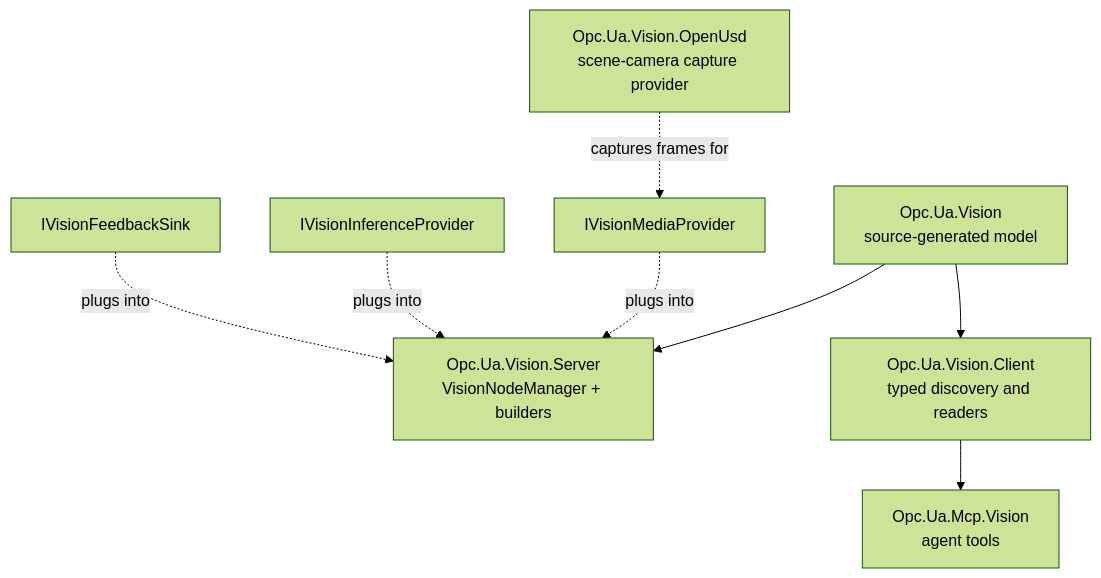
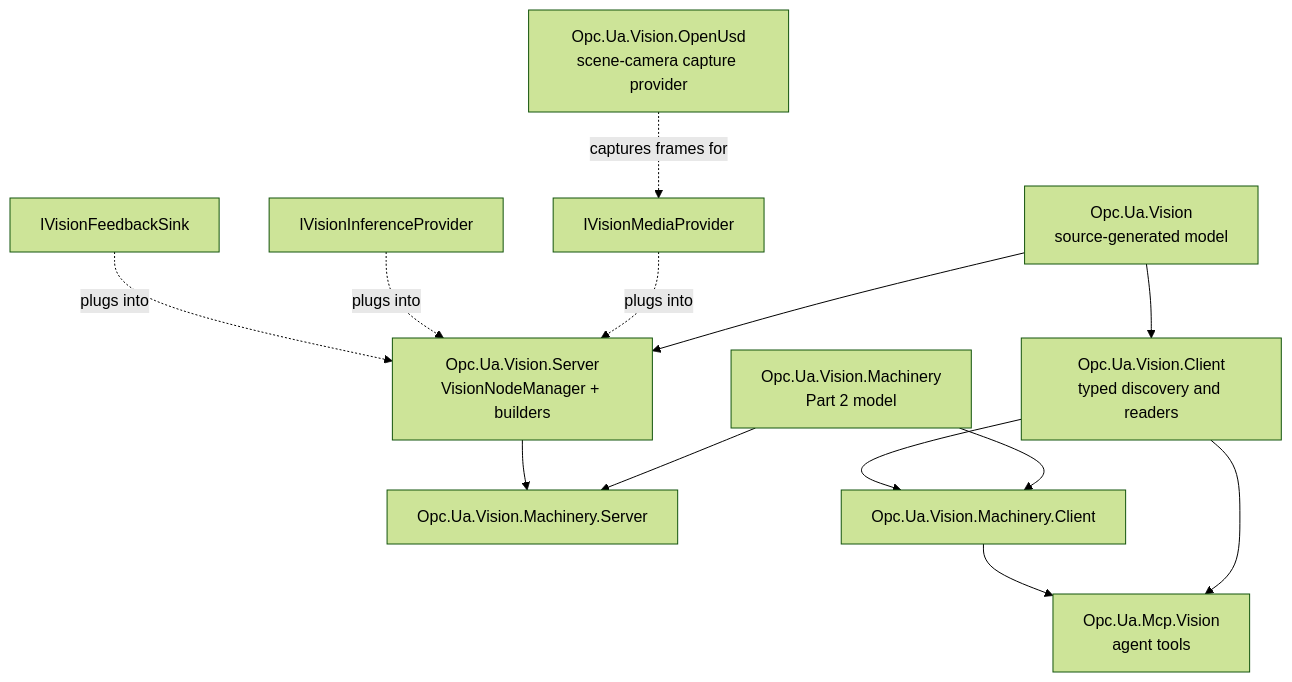
One commit to OPCFoundation/UA-.NETStandard changed the first of 7 diagrams in docs/Vision.md. Above: the diagram before and after it, drawn with Mermaid (forest theme). The commit also changed other lines of this file and 196 other files, not shown here.

Commit message:
Address Machine Vision review and extend bounded MCP workflows

````diff
--- a/docs/Vision.md
+++ b/docs/Vision.md
@@ -79,19 +595,27 @@
 ```mermaid
 graph TD
     Model["Opc.Ua.Vision<br/>source-generated model"]
     Server["Opc.Ua.Vision.Server<br/>VisionNodeManager + builders"]
     Client["Opc.Ua.Vision.Client<br/>typed discovery and readers"]
+    Assets["Opc.Ua.Vision.Machinery<br/>Part 2 model"]
+    AssetServer["Opc.Ua.Vision.Machinery.Server"]
+    AssetClient["Opc.Ua.Vision.Machinery.Client"]
     OpenUsd["Opc.Ua.Vision.OpenUsd<br/>scene-camera capture provider"]
     Mcp["Opc.Ua.Mcp.Vision<br/>agent tools"]
     Media["IVisionMediaProvider"]
     Inference["IVisionInferenceProvider"]
     Feedback["IVisionFeedbackSink"]
 
     Model --> Server
     Model --> Client
     Client --> Mcp
+    Assets --> AssetServer
+    Assets --> AssetClient
+    Server --> AssetServer
+    Client --> AssetClient
+    AssetClient --> Mcp
     OpenUsd -.->|captures frames for| Media
     Media -.->|plugs into| Server
     Inference -.->|plugs into| Server
     Feedback -.->|plugs into| Server
 ```
````
